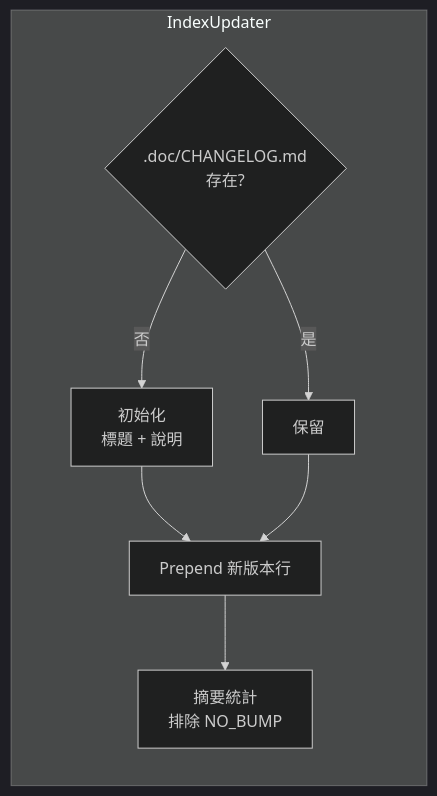
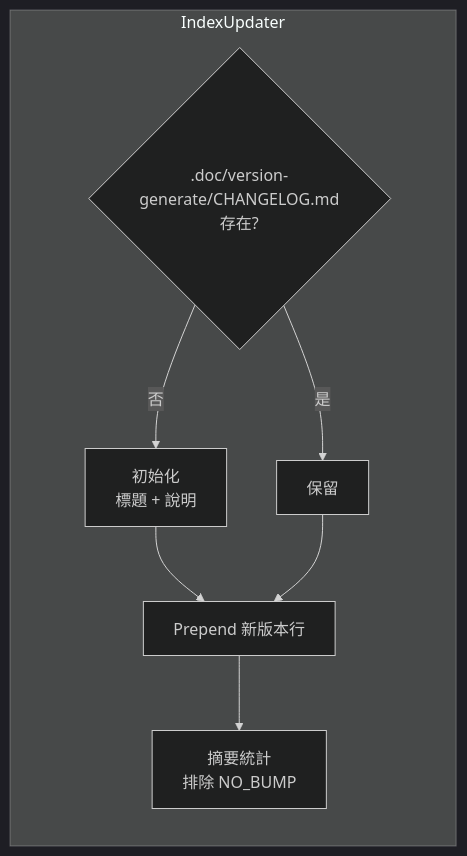
The seventh of 9 diagrams in doc/architecture.zh.md (pardnio/skill-version-generate), drawn with Mermaid (dark theme) before and after one commit. The commit also changed other lines of this file and 9 other files, not shown here.

````diff
--- a/doc/architecture.zh.md
+++ b/doc/architecture.zh.md
@@ -107,10 +107,10 @@
 ```mermaid
 graph LR
     subgraph IndexUpdater
-        Exist{.doc/CHANGELOG.md<br/>存在?} -- 否 --> Init[初始化<br/>標題 + 說明]
+        Exist{.doc/version-generate/CHANGELOG.md<br/>存在?} -- 否 --> Init[初始化<br/>標題 + 說明]
         Exist -- 是 --> Skip[保留]
         Init --> Prepend
         Skip --> Prepend[Prepend 新版本行]
         Prepend --> Stats[摘要統計<br/>排除 NO_BUMP]
     end
 ```
````
